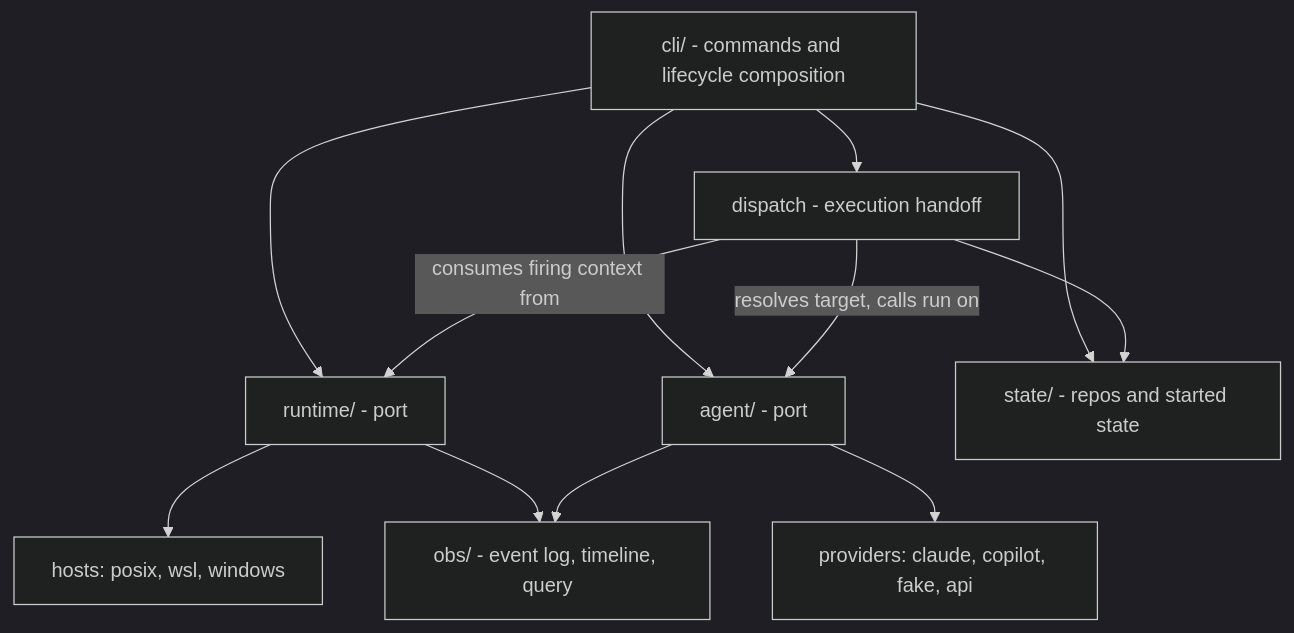
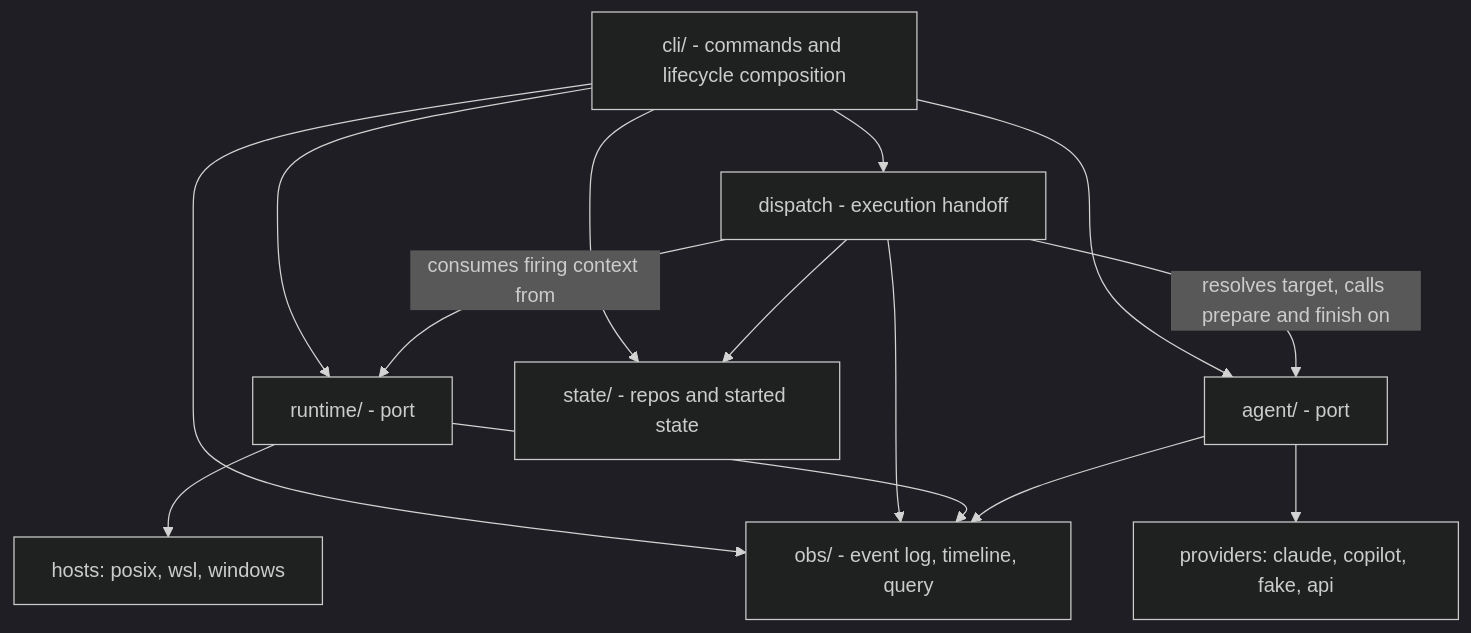
Before and after one commit to johnshew/agents-live: the diagram in docs/refactoring-runtime-and-agent-seams.md, drawn with Mermaid (dark theme). The commit also changed other lines of this file and 1 other file, not shown here.

````diff
--- a/docs/refactoring-runtime-and-agent-seams.md
+++ b/docs/refactoring-runtime-and-agent-seams.md
@@ -141,14 +141,16 @@
 ```mermaid
 graph TD
     CLI[cli/ - commands and lifecycle composition] --> RT[runtime/ - port]
     CLI --> AG[agent/ - port]
     CLI --> ST[state/ - repos and started state]
     RT --> HOSTS[hosts: posix, wsl, windows]
     AG --> PROV[providers: claude, copilot, fake, api]
     CLI --> DISP[dispatch - execution handoff]
+    CLI --> OBS[obs/ - event log, timeline, query]
     DISP -->|consumes firing context from| RT
-    DISP -->|resolves target, calls run on| AG
+    DISP -->|resolves target, calls prepare and finish on| AG
     DISP --> ST
-    RT --> OBS[obs/ - event log, timeline, query]
+    DISP --> OBS
+    RT --> OBS
     AG --> OBS
 ```
````
